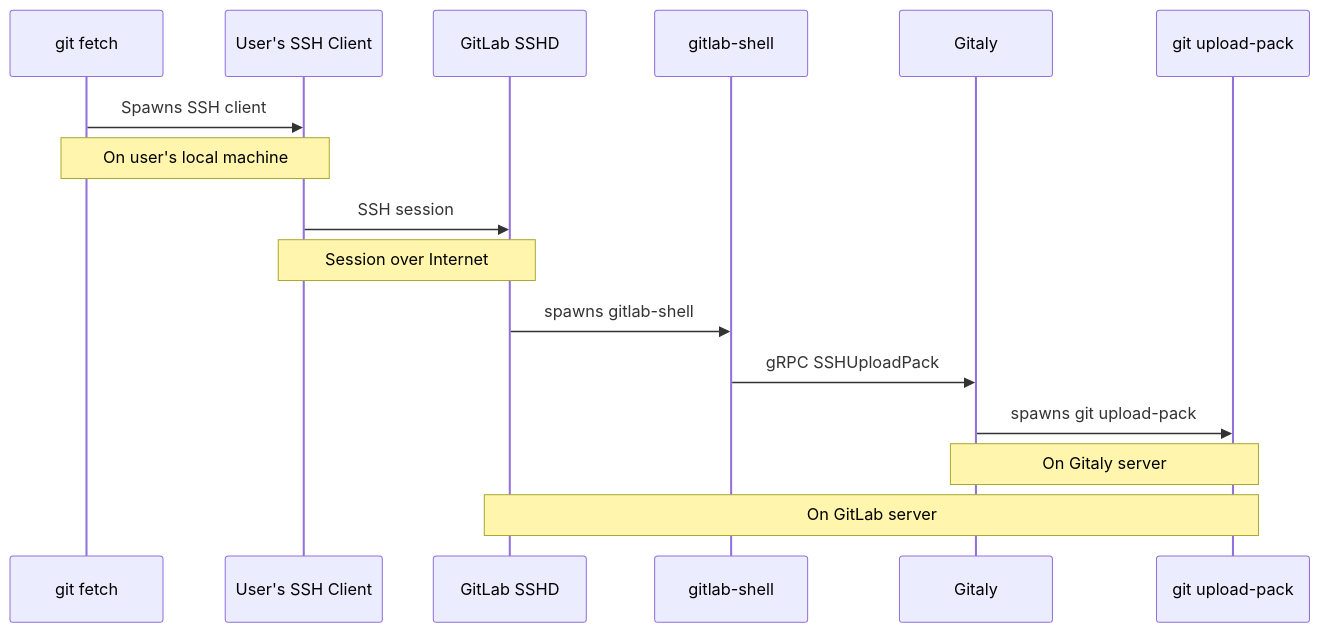
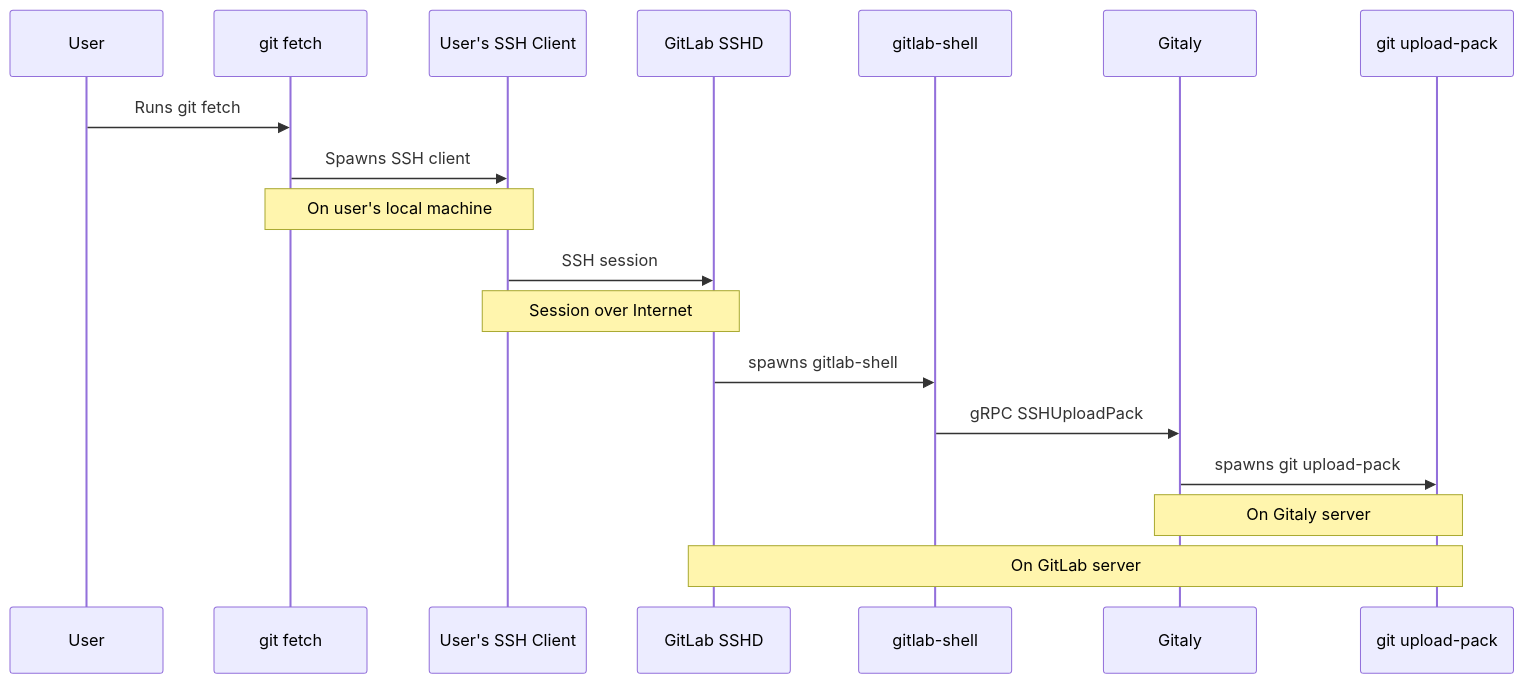
One commit to qeesung/gitaly changed the first of 2 diagrams in cmd/gitaly-ssh/README.md. Above: the diagram before and after it, drawn with Mermaid.

Commit message:
add user

````diff
--- a/cmd/gitaly-ssh/README.md
+++ b/cmd/gitaly-ssh/README.md
@@ -14,22 +14,24 @@
 ```mermaid
 sequenceDiagram
+  participant User as User
   participant UserGit as git fetch
   participant SSHClient as User's SSH Client
   participant SSHD as GitLab SSHD
   participant GitLabShell as gitlab-shell
   participant GitalyServer as Gitaly
   participant GitalyGit as git upload-pack
 
+  User ->> UserGit: Runs git fetch
   UserGit ->> SSHClient: Spawns SSH client
   Note over UserGit,SSHClient: On user's local machine
 
   SSHClient ->> SSHD: SSH session
   Note over SSHClient,SSHD: Session over Internet
 
   SSHD ->> GitLabShell: spawns gitlab-shell
   GitLabShell ->> GitalyServer: gRPC SSHUploadPack
   GitalyServer ->> GitalyGit: spawns git upload-pack
 
   Note over GitalyServer,GitalyGit: On Gitaly server
   Note over SSHD,GitalyGit: On GitLab server
 ```
````
